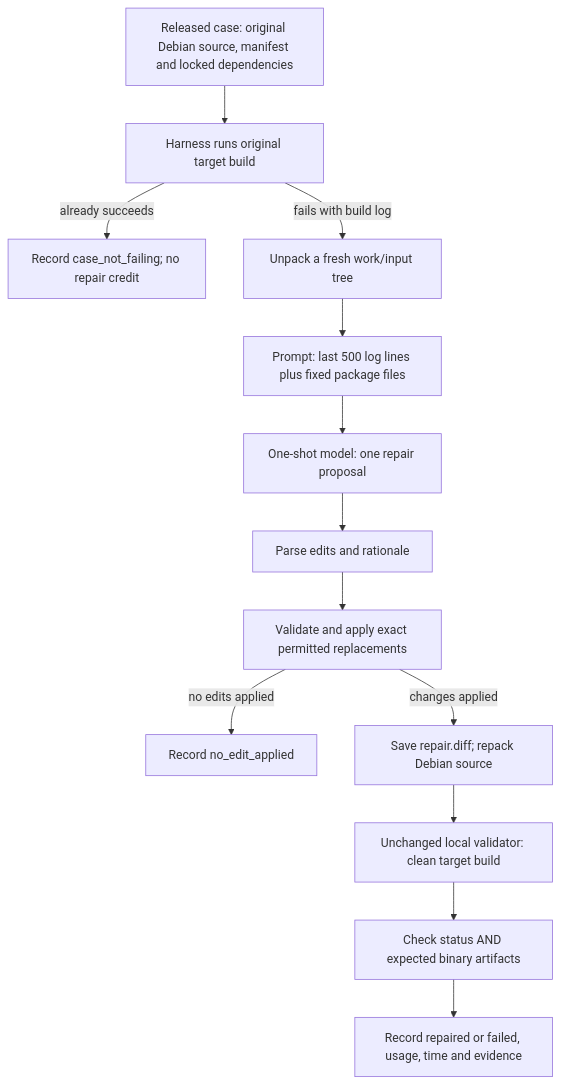
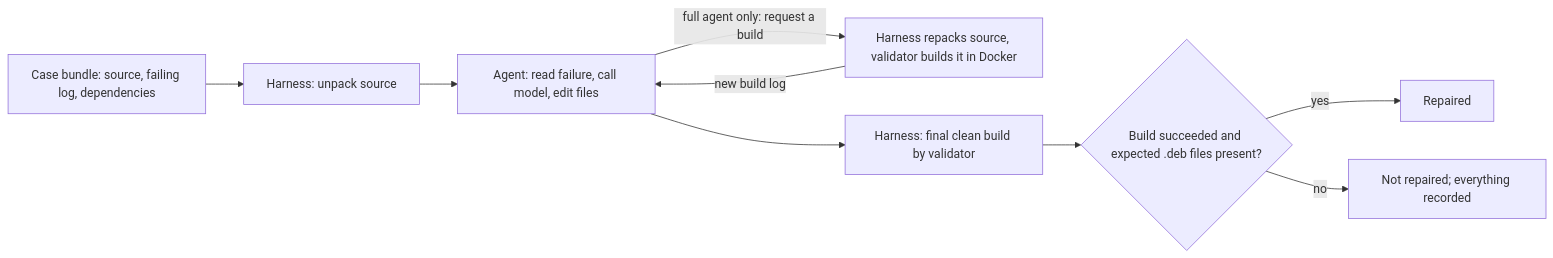
One commit to ec528-fall26/build-bench changed the diagram in docs/design-document.md. Above: the diagram before and after it, drawn with Mermaid. The commit also changed other lines of this file and 2 other files, not shown here.

````diff
--- a/docs/design-document.md
+++ b/docs/design-document.md
@@ -20,15 +28,11 @@
 ```mermaid
-flowchart TD
-    A[Released case: original Debian source, manifest and locked dependencies] --> B[Harness runs original target build]
-    B -->|already succeeds| X[Record case_not_failing; no repair credit]
-    B -->|fails with build log| C[Unpack a fresh work/input tree]
-    C --> D[Prompt: last 500 log lines plus fixed package files]
-    D --> E[One-shot model: one repair proposal]
-    E --> F[Parse edits and rationale]
-    F --> G[Validate and apply exact permitted replacements]
-    G -->|no edits applied| N[Record no_edit_applied]
-    G -->|changes applied| H[Save repair.diff; repack Debian source]
-    H --> I[Unchanged local validator: clean target build]
-    I --> J[Check status AND expected binary artifacts]
-    J --> K[Record repaired or failed, usage, time and evidence]
+flowchart LR
+    A[Case bundle: source, failing log, dependencies] --> B[Harness: unpack source]
+    B --> C[Agent: read failure, call model, edit files]
+    C -->|full agent only: request a build| D[Harness repacks source, validator builds it in Docker]
+    D -->|new build log| C
+    C --> E[Harness: final clean build by validator]
+    E --> F{Build succeeded and expected .deb files present?}
+    F -->|yes| G[Repaired]
+    F -->|no| H[Not repaired; everything recorded]
 ```
````
